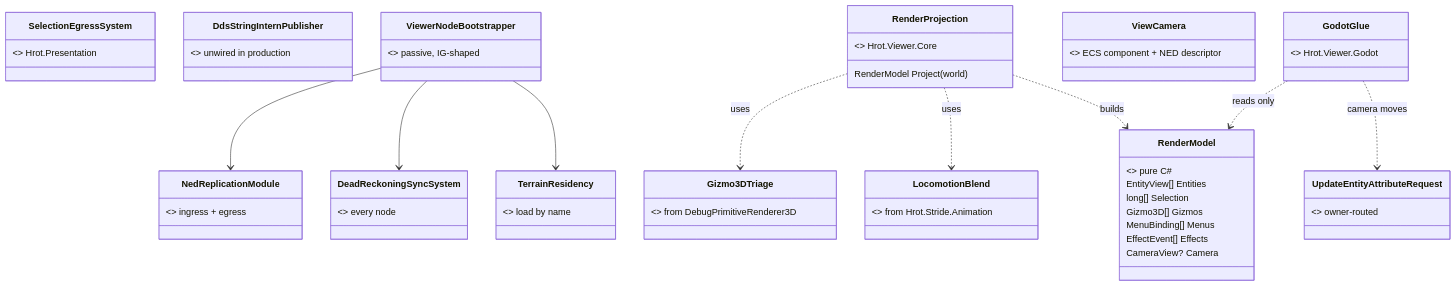
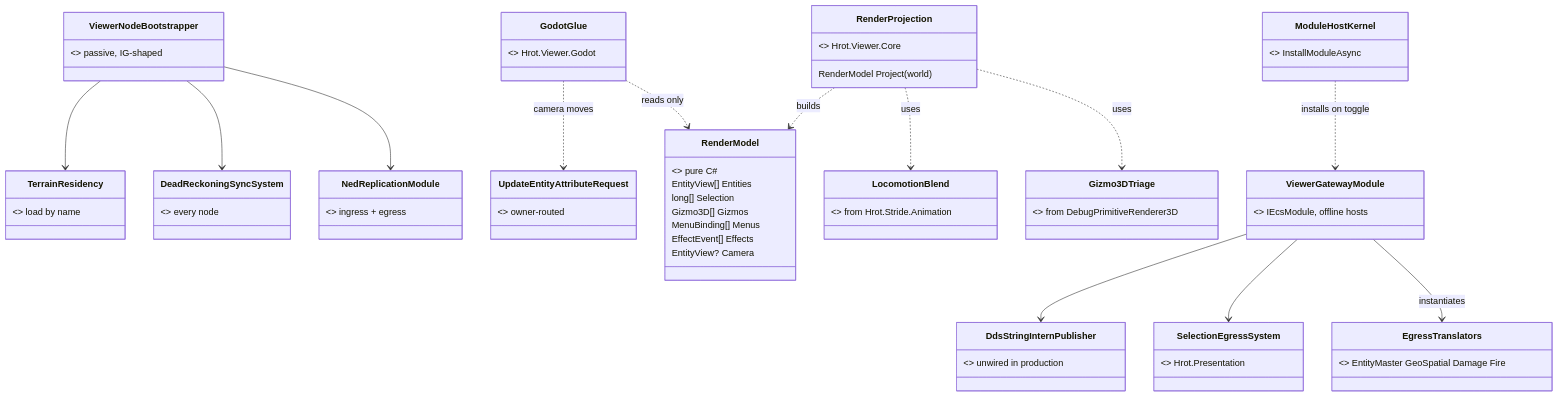
Before and after one commit to pjanec/HROT: the second of 4 diagrams in docs/DESIGN_Godot_3D_Viewer.md, drawn with Mermaid. The commit also changed other lines of this file and 1 other file, not shown here.

````diff
--- a/docs/DESIGN_Godot_3D_Viewer.md
+++ b/docs/DESIGN_Godot_3D_Viewer.md
@@ -194,35 +199,41 @@
 ```mermaid
 classDiagram
   class NedReplicationModule { <<exists>> ingress + egress }
-  class DeadReckoningSyncSystem { <<exists>> every node }
-  class TerrainResidency { <<exists>> load by name }
+  class EgressTranslators { <<exists>> EntityMaster GeoSpatial Damage Fire }
   class SelectionEgressSystem { <<exists>> Hrot.Presentation }
   class DdsStringInternPublisher { <<exists>> unwired in production }
   class UpdateEntityAttributeRequest { <<exists>> owner-routed }
+  class DeadReckoningSyncSystem { <<exists>> every node }
+  class TerrainResidency { <<exists>> load by name }
+  class ModuleHostKernel { <<exists>> InstallModuleAsync }
   class Gizmo3DTriage { <<extracted>> from DebugPrimitiveRenderer3D }
   class LocomotionBlend { <<extracted>> from Hrot.Stride.Animation }
+  class ViewerGatewayModule { <<new>> IEcsModule, offline hosts }
   class ViewerNodeBootstrapper { <<new>> passive, IG-shaped }
   class RenderProjection {
     <<new>> Hrot.Viewer.Core
     RenderModel Project(world)
   }
   class RenderModel {
     <<new>> pure C#
     EntityView[] Entities
     long[] Selection
     Gizmo3D[] Gizmos
     MenuBinding[] Menus
     EffectEvent[] Effects
-    CameraView? Camera
+    EntityView? Camera
   }
-  class ViewCamera { <<new>> ECS component + NED descriptor }
   class GodotGlue { <<new>> Hrot.Viewer.Godot }
+  ModuleHostKernel ..> ViewerGatewayModule : installs on toggle
+  ViewerGatewayModule --> EgressTranslators : instantiates
+  ViewerGatewayModule --> SelectionEgressSystem
+  ViewerGatewayModule --> DdsStringInternPublisher
   ViewerNodeBootstrapper --> NedReplicationModule
   ViewerNodeBootstrapper --> DeadReckoningSyncSystem
   ViewerNodeBootstrapper --> TerrainResidency
   RenderProjection ..> Gizmo3DTriage : uses
   RenderProjection ..> LocomotionBlend : uses
   RenderProjection ..> RenderModel : builds
   GodotGlue ..> RenderModel : reads only
   GodotGlue ..> UpdateEntityAttributeRequest : camera moves
 ```
````
